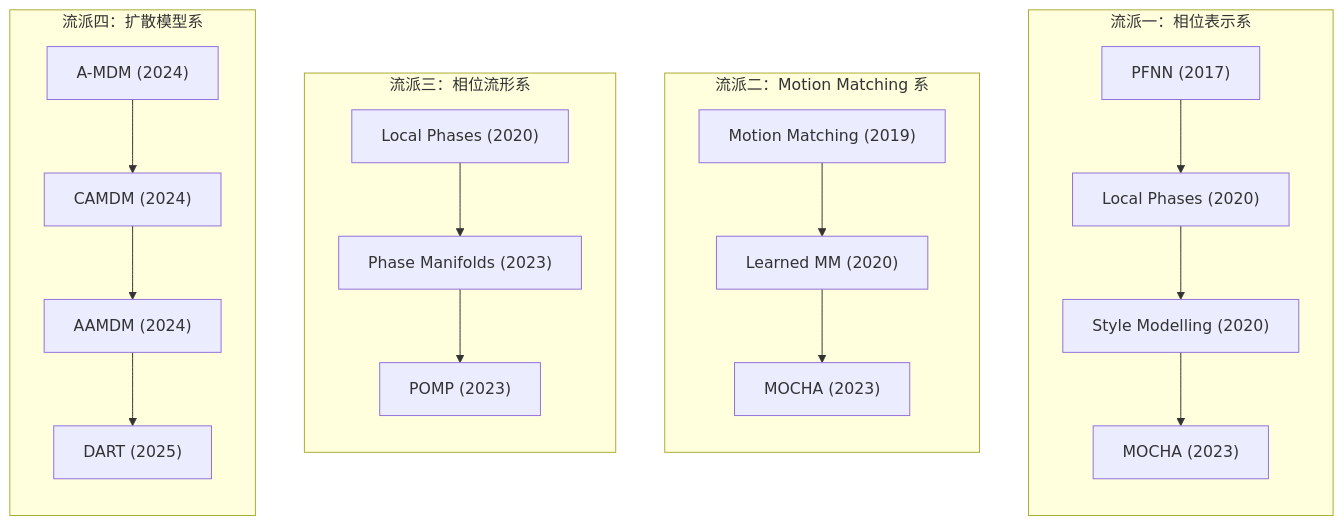
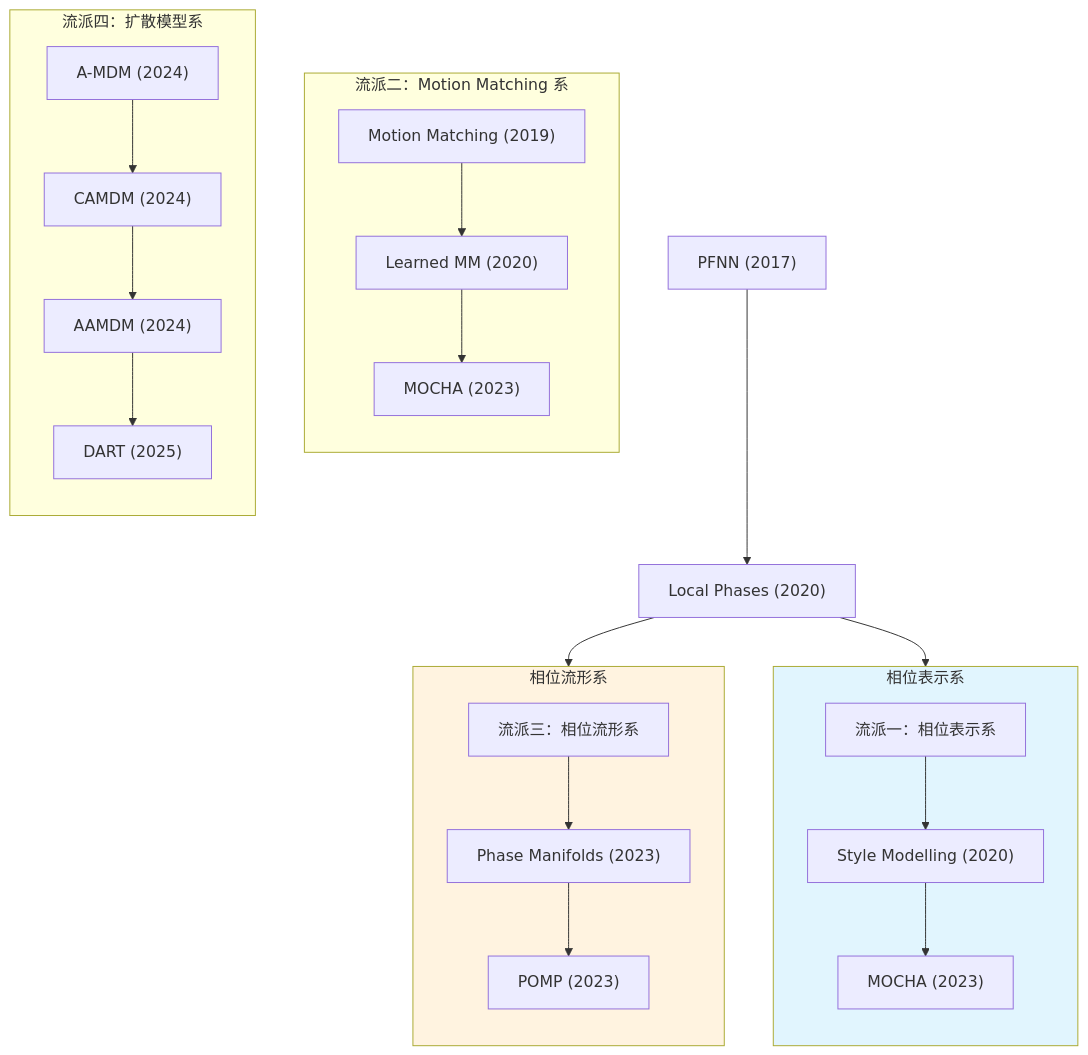
Before and after one commit to CaterpillarStudyGroup/GAMES105_mdbook: the first of 26 diagrams in src/Locomotion_Survey.md, drawn with Mermaid. The commit also changed other lines of this file, not shown here.

First line of the commit message:
Update overview diagram to show Phase branch relationship

````diff
--- a/src/Locomotion_Survey.md
+++ b/src/Locomotion_Survey.md
@@ -42,28 +42,35 @@
 ```mermaid
 flowchart TB
-    subgraph Phase["流派一：相位表示系"]
+    PFNN["PFNN (2017)"] --> LP["Local Phases (2020)"]
+
+    LP --> Phase1["流派一：相位表示系"]
+    LP --> Phase3["流派三：相位流形系"]
+
+    subgraph Phase["相位表示系"]
         direction TB
-        PFNN["PFNN (2017)"] --> LP["Local Phases (2020)"]
-        LP --> SM["Style Modelling (2020)"]
+        Phase1 --> SM["Style Modelling (2020)"]
         SM --> MOCHA["MOCHA (2023)"]
+    end
+
+    subgraph PhaseM["相位流形系"]
+        direction TB
+        Phase3 --> PM["Phase Manifolds (2023)"]
+        PM --> POMP["POMP (2023)"]
     end
 
     subgraph MM["流派二：Motion Matching 系"]
         direction TB
         MM0["Motion Matching (2019)"] --> LMM["Learned MM (2020)"]
         LMM --> MOCHA2["MOCHA (2023)"]
     end
 
-    subgraph PM["流派三：相位流形系"]
-        direction TB
-        LP2["Local Phases (2020)"] --> PM2["Phase Manifolds (2023)"]
-        PM2 --> POMP["POMP (2023)"]
-    end
-
     subgraph Diff["流派四：扩散模型系"]
         direction TB
         AMDM["A-MDM (2024)"] --> CAMDM["CAMDM (2024)"]
         CAMDM --> AAMDM["AAMDM (2024)"]
         AAMDM --> DART["DART (2025)"]
     end
+
+    style Phase fill:#e1f5fe
+    style PhaseM fill:#fff3e0
 ```
````
